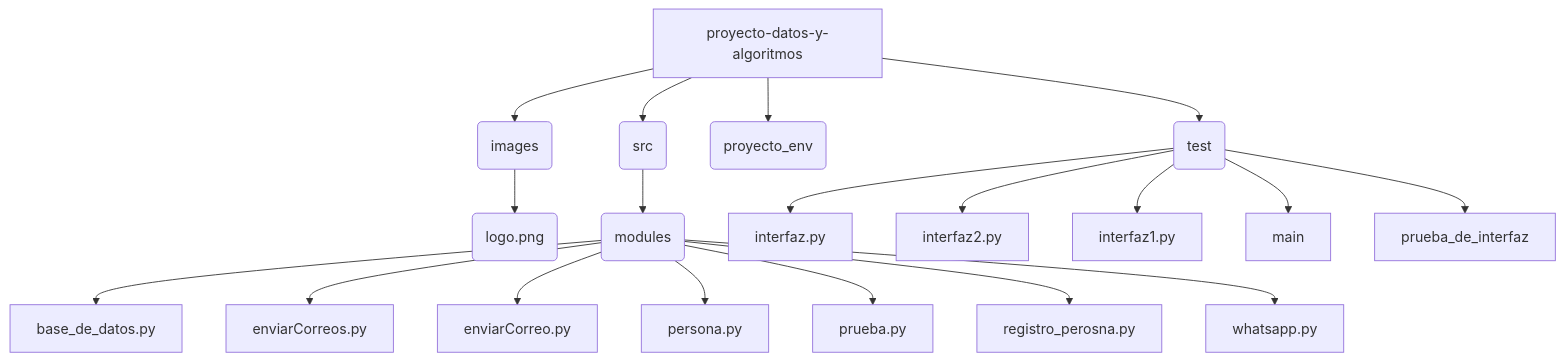
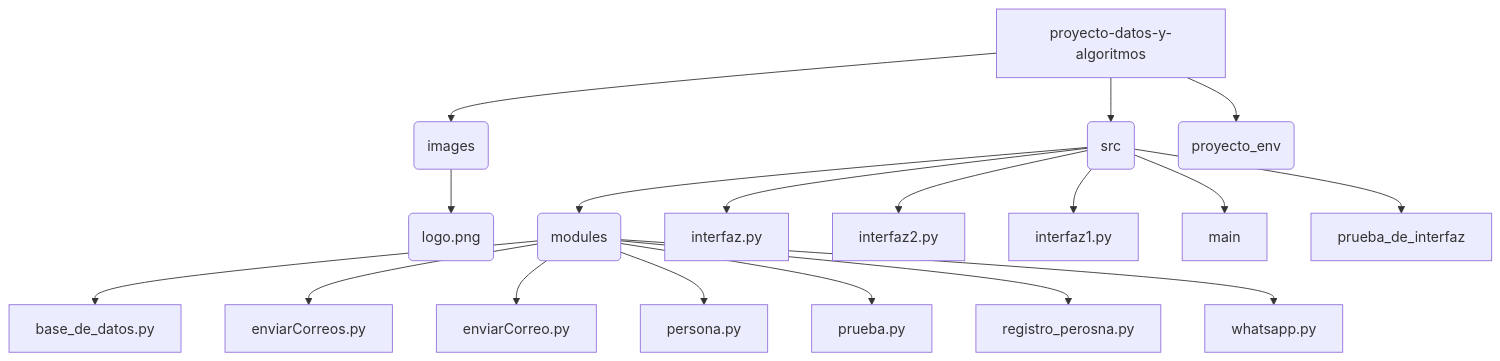
One commit to artur2281/Proyecto-Datos-y-algoritmo changed the diagram in grafico.md. Above: the diagram before and after it, drawn with Mermaid. The commit also changed 324 other files, not shown here.

````diff
--- a/grafico.md
+++ b/grafico.md
@@ -2,31 +2,31 @@
 ```mermaid
 
 
 
 
     flowchart TD
         A[proyecto-datos-y-algoritmos]
         A-->B(images)
         A-->C(src)
         A-->D(proyecto_env)
 
         B-->E(logo.png)
         C-->F(modules)
 
-        A-->G(test)
-        G-->interfaz.py
-        G-->interfaz2.py
-        G-->interfaz1.py
-        G-->main
-        G-->prueba_de_interfaz
+        
+        C-->interfaz.py
+        C-->interfaz2.py
+        C-->interfaz1.py
+        C-->main
+        C-->prueba_de_interfaz
        
        F-->base_de_datos.py
        F-->enviarCorreos.py
        F-->enviarCorreo.py
        F-->persona.py
        F-->prueba.py
        F-->registro_perosna.py
        F-->whatsapp.py
        
     
 ```
````
